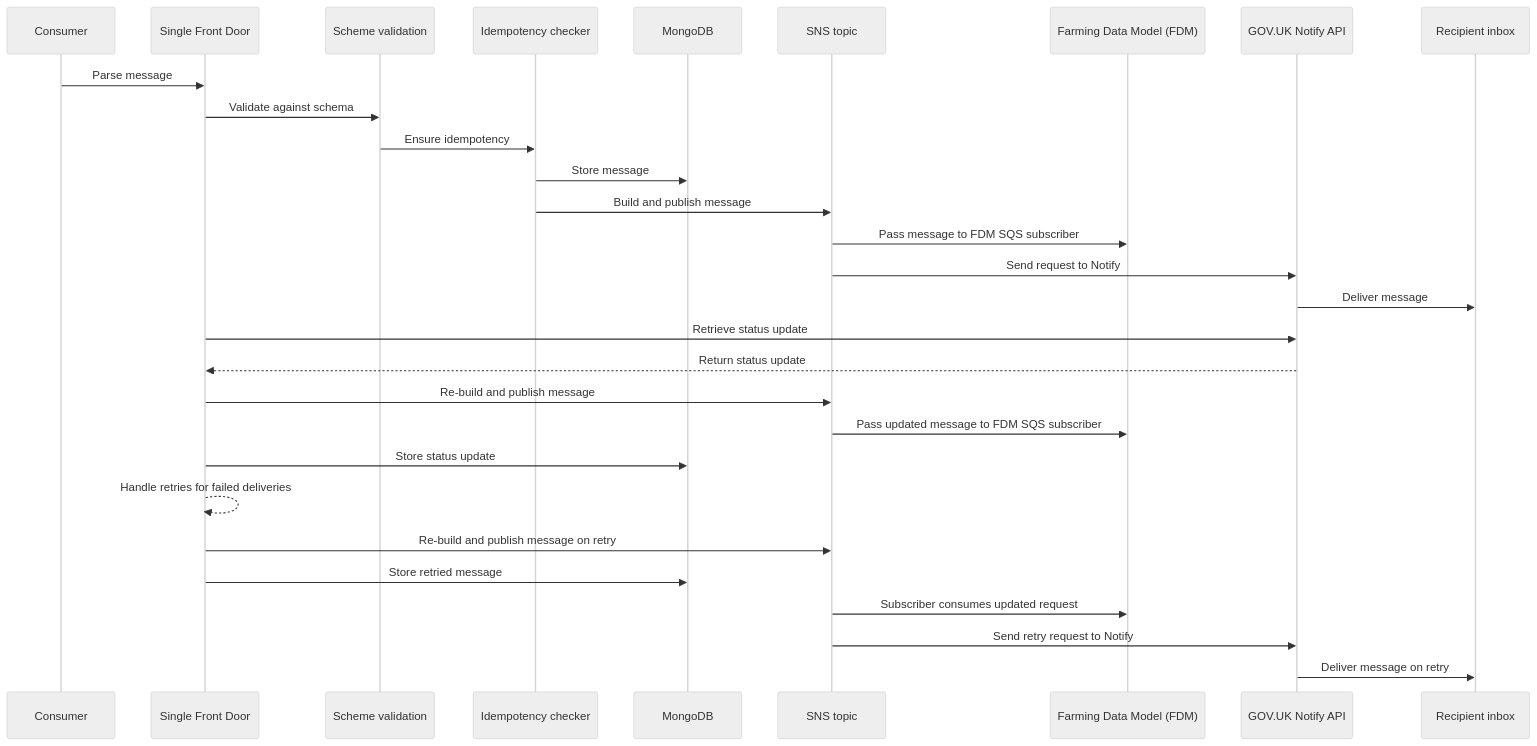
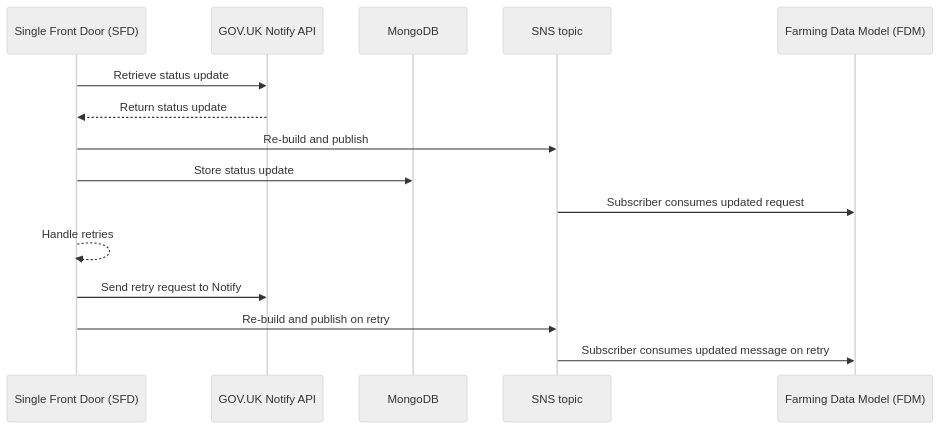
Before and after one commit to DEFRA/fcp-sfd-comms: the second of 2 diagrams in README.md, drawn with Mermaid (neutral theme). The commit also changed other lines of this file, not shown here.

````diff
--- a/README.md
+++ b/README.md
@@ -134,34 +58,19 @@
 ```mermaid
 sequenceDiagram
-    participant CONSUMER as Consumer
-    participant SFD as Single Front Door
-    participant VALIDATOR as Scheme validation
-    participant IDEMPOTENCY_CHECKER as Idempotency checker
+    participant SFD as Single Front Door (SFD)
+    participant NOTIFY as GOV.UK Notify API
     participant MONGO as MongoDB
     participant SNS as SNS topic
     participant FDM as Farming Data Model (FDM)
-    participant NOTIFY as GOV.UK Notify API
-    participant RECIPIENT as Recipient inbox
-
-    CONSUMER->>SFD: Parse message
-    SFD->>VALIDATOR: Validate against schema
-    VALIDATOR->>IDEMPOTENCY_CHECKER: Ensure idempotency
-    IDEMPOTENCY_CHECKER->>MONGO: Store message
-    IDEMPOTENCY_CHECKER->>SNS: Build and publish message
-    SNS->>FDM: Pass message to FDM SQS subscriber
-    SNS->>NOTIFY: Send request to Notify
-    NOTIFY->>RECIPIENT: Deliver message
 
     SFD->>NOTIFY: Retrieve status update
     NOTIFY-->>SFD: Return status update
-    SFD->>SNS: Re-build and publish message
-    SNS->>FDM: Pass updated message to FDM SQS subscriber
+    SFD->>SNS: Re-build and publish
     SFD->>MONGO: Store status update
+    SNS->>FDM: Subscriber consumes updated request
 
-    SFD-->>SFD: Handle retries for failed deliveries
-    SFD->>SNS: Re-build and publish message on retry
-    SFD->>MONGO: Store retried message
-    SNS->>FDM: Subscriber consumes updated request
-    SNS->>NOTIFY: Send retry request to Notify
-    NOTIFY->>RECIPIENT: Deliver message on retry
+    SFD-->>SFD: Handle retries
+    SFD->>NOTIFY: Send retry request to Notify
+    SFD->>SNS: Re-build and publish on retry
+    SNS->>FDM: Subscriber consumes updated message on retry
 ```
````
